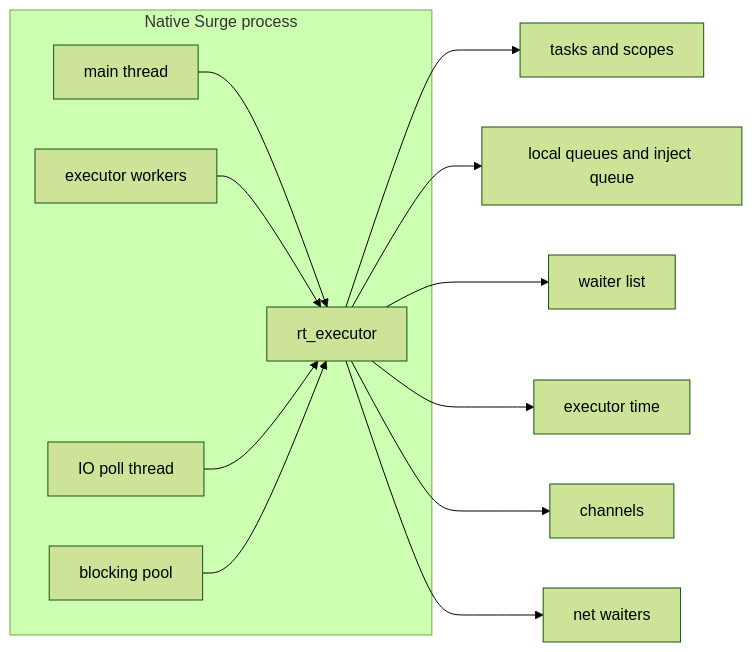
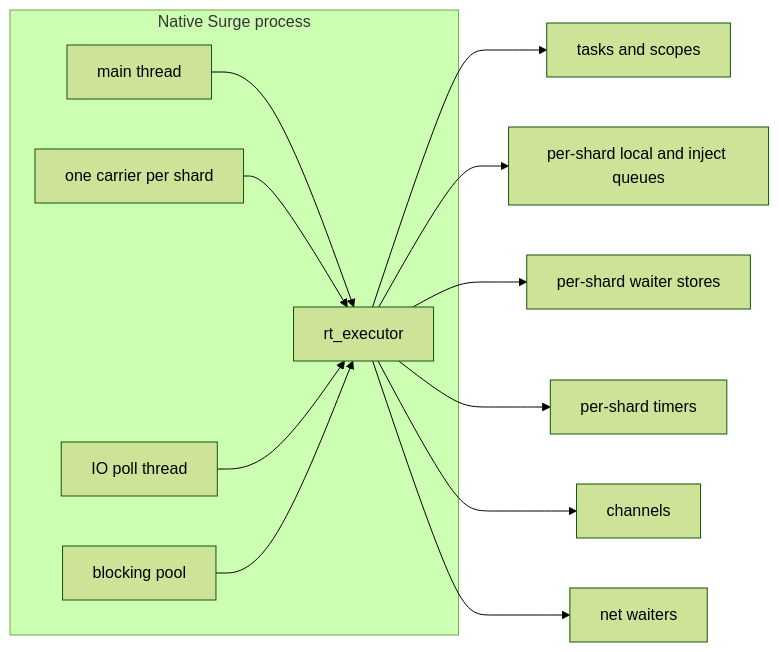
One commit to vovakirdan/surge changed the second of 5 diagrams in docs/RUNTIME.md. Above: the diagram before and after it, drawn with Mermaid (forest theme). The commit also changed other lines of this file and 633 other files, not shown here.

````diff
--- a/docs/RUNTIME.md
+++ b/docs/RUNTIME.md
@@ -110,22 +122,22 @@
 ```mermaid
 flowchart LR
     subgraph Binary[Native Surge process]
         Main[main thread]
-        Workers[executor workers]
+        Carriers[one carrier per shard]
         IO[IO poll thread]
         Blocking[blocking pool]
         Exec[rt_executor]
     end
 
     Main --> Exec
-    Workers --> Exec
+    Carriers --> Exec
     IO --> Exec
     Blocking --> Exec
 
     Exec --> Tasks[tasks and scopes]
-    Exec --> Ready[local queues and inject queue]
-    Exec --> Waiters[waiter list]
-    Exec --> Timers[executor time]
+    Exec --> Ready[per-shard local and inject queues]
+    Exec --> Waiters[per-shard waiter stores]
+    Exec --> Timers[per-shard timers]
     Exec --> Channels[channels]
     Exec --> Net[net waiters]
 ```
````
